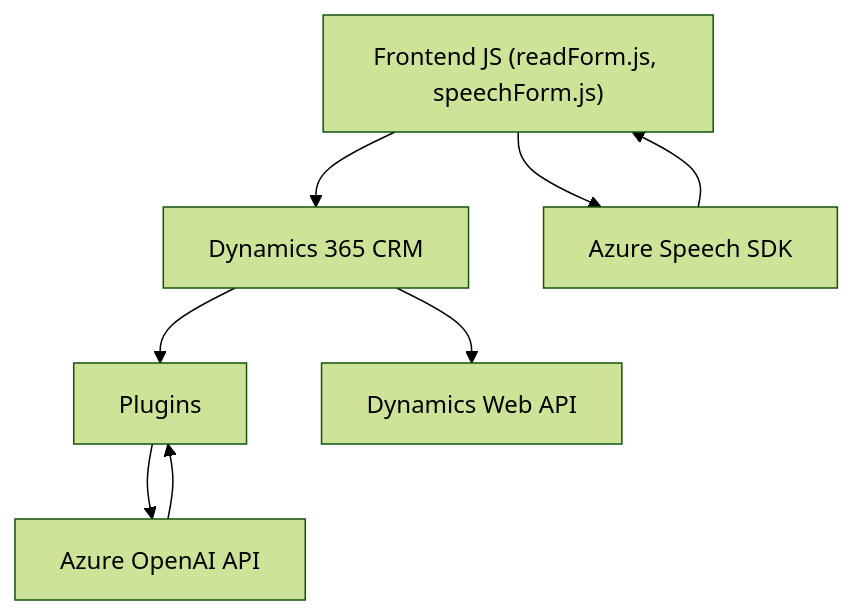
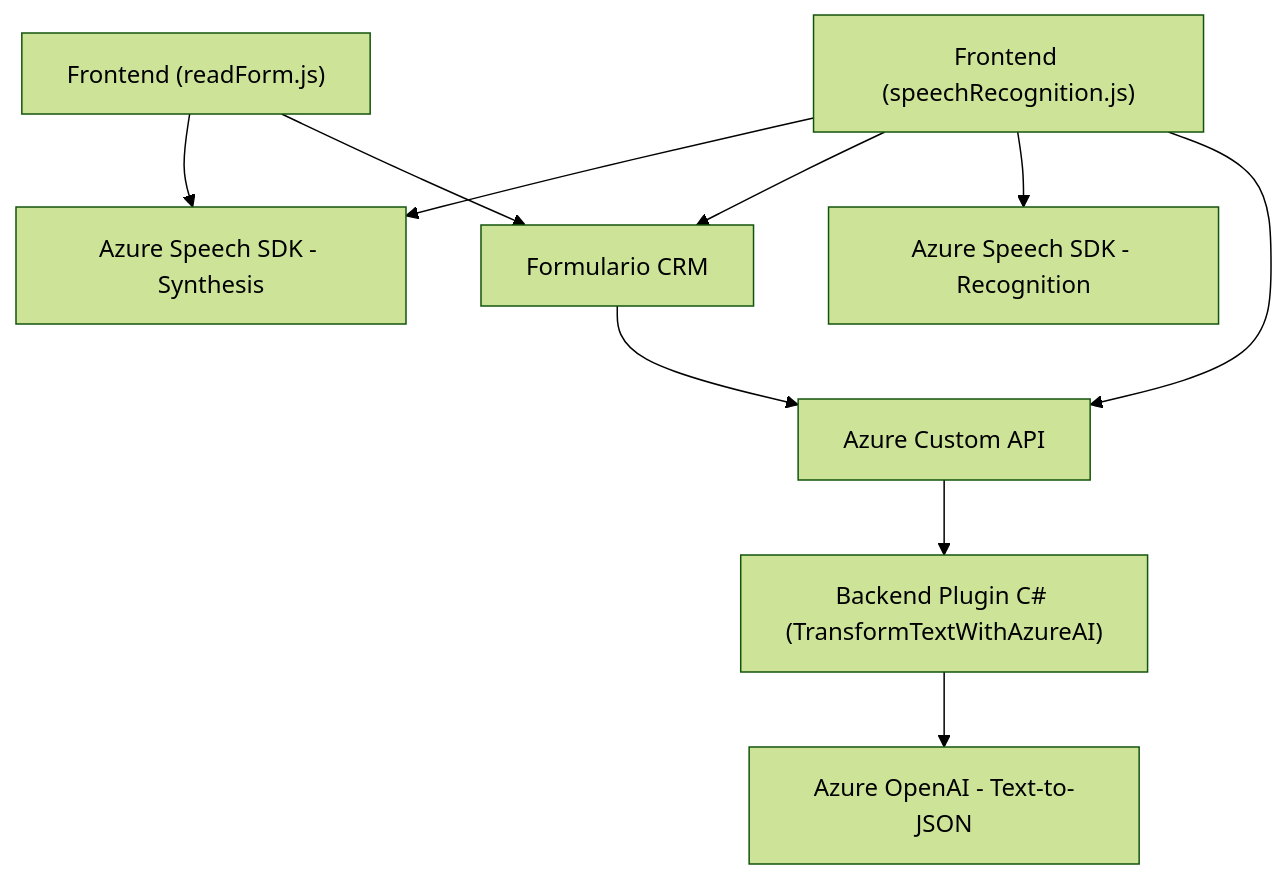
Before and after one commit to blopezdm/NETCORE_BILBAO2025: the diagram in README.md, drawn with Mermaid (forest theme). The commit also changed other lines of this file, not shown here.

````diff
--- a/README.md
+++ b/README.md
@@ -63,10 +48,12 @@
 ```mermaid
 graph TD
-    A["Frontend JS (readForm.js, speechForm.js)"] --> B["Dynamics 365 CRM"]
-    B --> C["Plugins"]
-    B --> D["Dynamics Web API"]
-    A --> E["Azure Speech SDK"]
-    C --> F["Azure OpenAI API"]
-    E --> A
-    F --> C
+    A["Frontend (readForm.js)"] --> B["Azure Speech SDK - Synthesis"]
+    A --> C["Formulario CRM"]
+    D["Frontend (speechRecognition.js)"] --> B
+    D --> C
+    D --> E["Azure Speech SDK - Recognition"]
+    D --> F["Azure Custom API"]
+    C --> F
+    F --> G["Backend Plugin C# (TransformTextWithAzureAI)"]
+    G --> H["Azure OpenAI - Text-to-JSON"]
 ```
````
